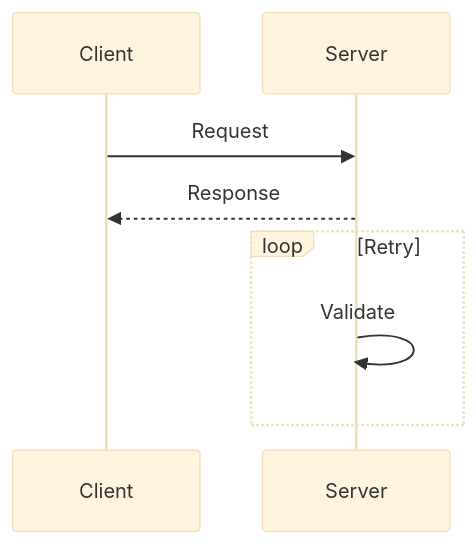
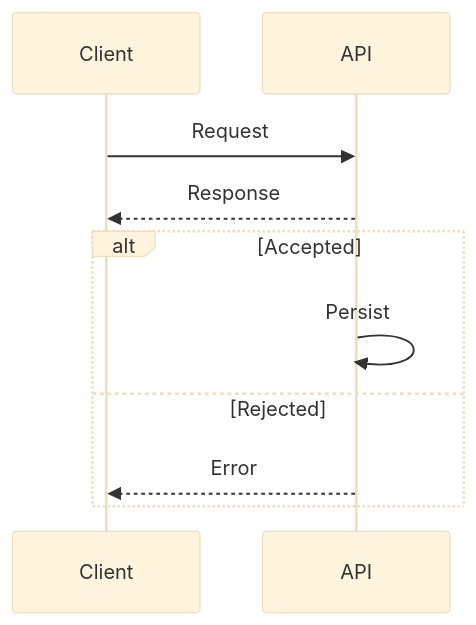
Before and after one commit to reloveution/context-development: the second of 2 diagrams in local/coding/common/skills/mermaid-diagrams/SKILL.md, drawn with Mermaid (base theme). The commit also changed other lines of this file and 60 other files, not shown here.

````diff
--- a/local/coding/common/skills/mermaid-diagrams/SKILL.md
+++ b/local/coding/common/skills/mermaid-diagrams/SKILL.md
@@ -37,10 +46,12 @@
 ```mermaid
 sequenceDiagram
-  participant A as Client
-  participant B as Server
-  A->>B: Request
-  B-->>A: Response
-  loop Retry
-    B->>B: Validate
+  participant client as Client
+  participant api as API
+  client->>api: Request
+  api-->>client: Response
+  alt Accepted
+    api->>api: Persist
+  else Rejected
+    api-->>client: Error
   end
 ```
````
